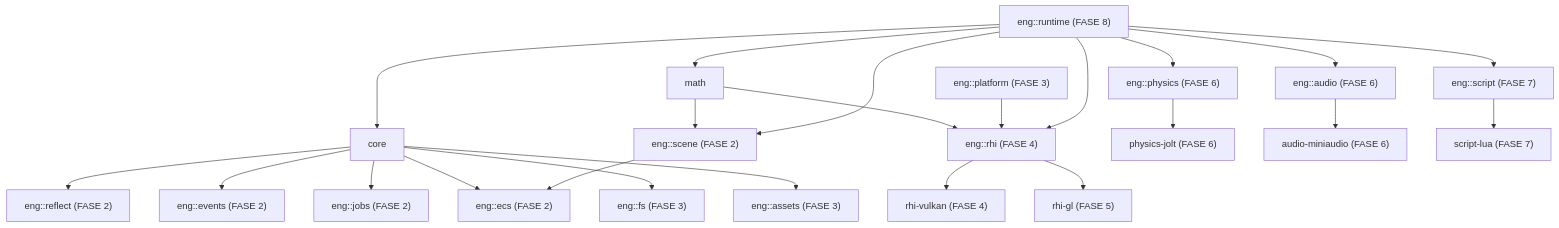
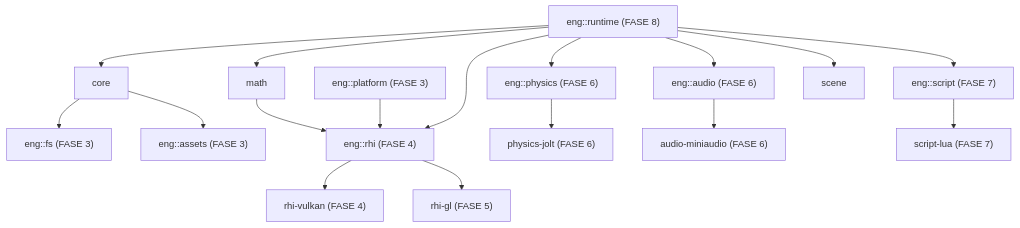
One commit to criandojogodenovo-sketch/g.oni changed the second of 2 diagrams in docs/architecture/00-overview.md. Above: the diagram before and after it, drawn with Mermaid. The commit also changed other lines of this file and 1 other file, not shown here.

First line of the commit message:
docs: estado FASE 2 — README, grafo entregue e matriz de adjacência

````diff
--- a/docs/architecture/00-overview.md
+++ b/docs/architecture/00-overview.md
@@ -50,19 +70,13 @@
 ```mermaid
 graph TD
-    core --> reflect["eng::reflect (FASE 2)"]
-    core --> events["eng::events (FASE 2)"]
-    core --> jobs["eng::jobs (FASE 2)"]
-    core --> ecs["eng::ecs (FASE 2)"]
     core --> fs["eng::fs (FASE 3)"]
     core --> assets["eng::assets (FASE 3)"]
-    math --> scene["eng::scene (FASE 2)"]
-    scene --> ecs
     math --> rhi["eng::rhi (FASE 4)"]
     platform["eng::platform (FASE 3)"] --> rhi
     rhi --> rhi_vulkan["rhi-vulkan (FASE 4)"]
     rhi --> rhi_gl["rhi-gl (FASE 5)"]
     physics["eng::physics (FASE 6)"] --> physics_jolt["physics-jolt (FASE 6)"]
     audio["eng::audio (FASE 6)"] --> audio_ma["audio-miniaudio (FASE 6)"]
     script["eng::script (FASE 7)"] --> script_lua["script-lua (FASE 7)"]
     runtime["eng::runtime (FASE 8)"] --> core & math & scene & rhi & physics & audio & script
 ```
````
